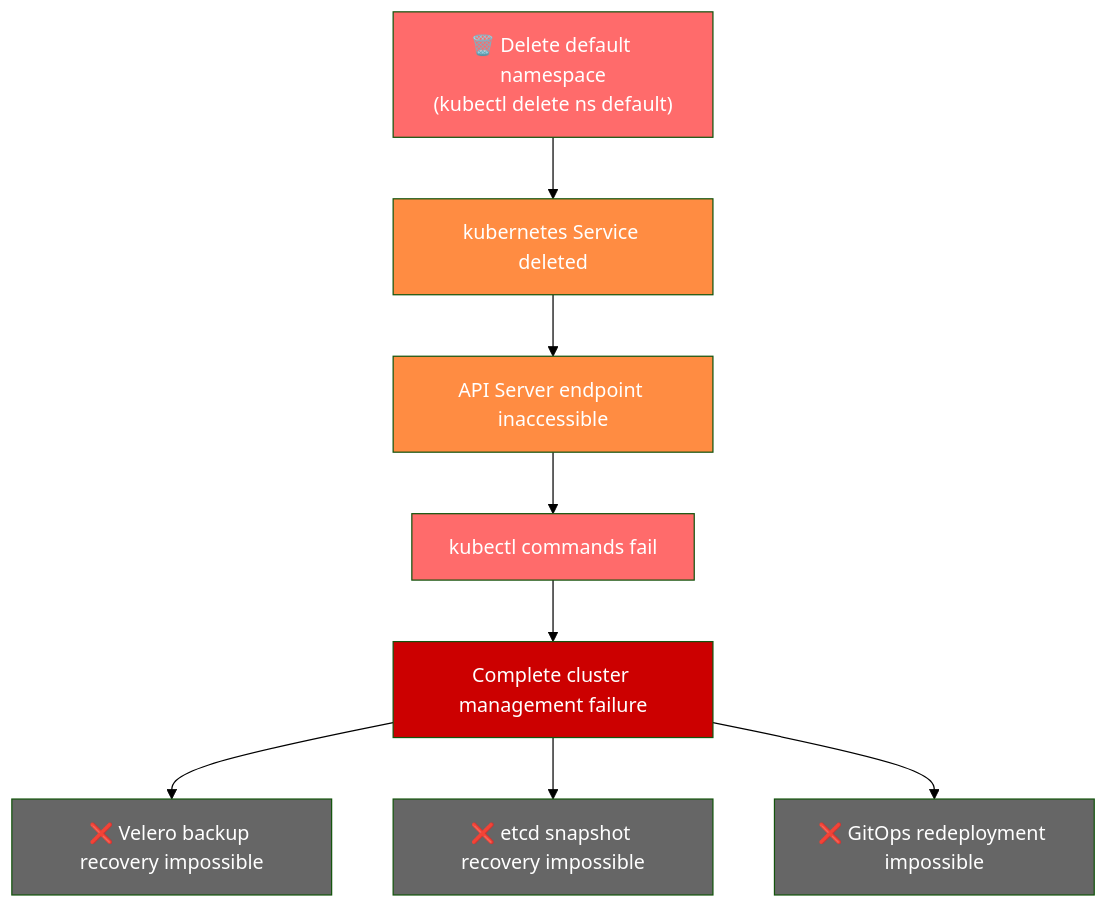
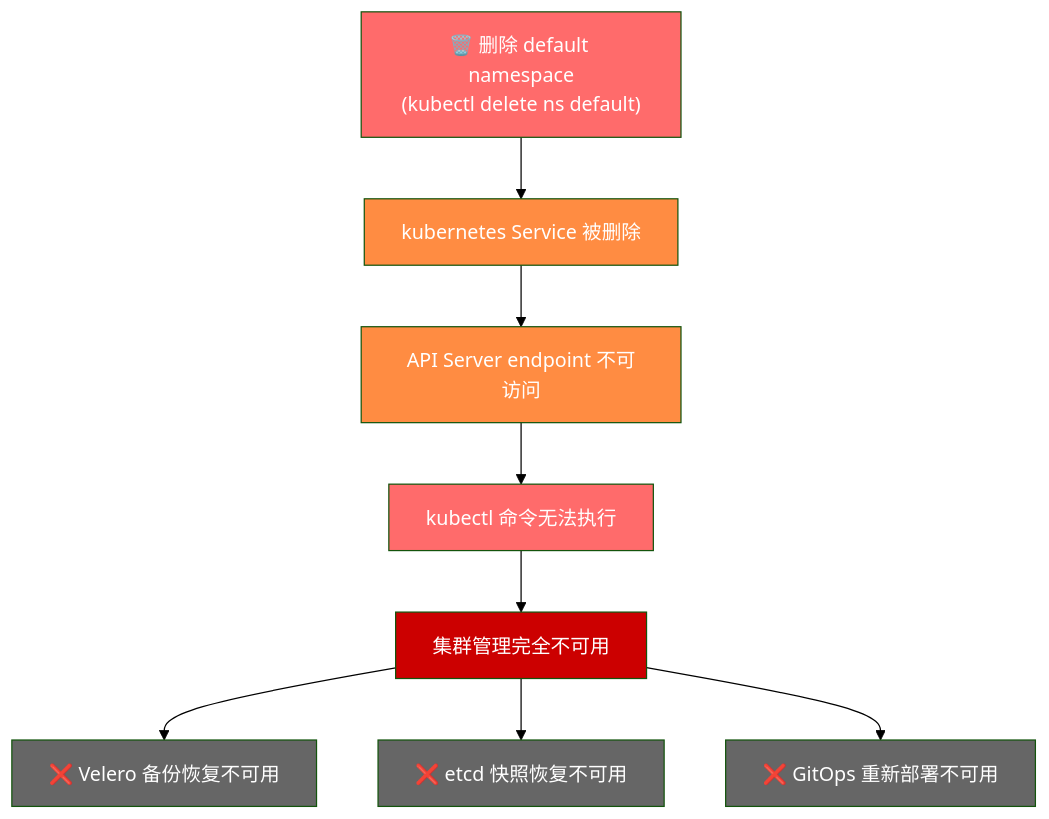
One commit to devfloor9/engineering-playbook changed the first of 2 diagrams in i18n/zh/docusaurus-plugin-content-docs/current/security-governance/default-namespace-incident.md. Above: the diagram before and after it, drawn with Mermaid (forest theme). The commit also changed other lines of this file and 111 other files, not shown here.

````diff
--- a/i18n/zh/docusaurus-plugin-content-docs/current/security-governance/default-namespace-incident.md
+++ b/i18n/zh/docusaurus-plugin-content-docs/current/security-governance/default-namespace-incident.md
@@ -50,20 +49,20 @@
 ```mermaid
 flowchart TD
-    A["🗑️ Delete default namespace<br/>(kubectl delete ns default)"] --> B["kubernetes Service deleted"]
-    B --> C["API Server endpoint inaccessible"]
-    C --> D["kubectl commands fail"]
-    D --> E["Complete cluster management failure"]
+    A["🗑️ 删除 default namespace<br/>(kubectl delete ns default)"] --> B["kubernetes Service 被删除"]
+    B --> C["API Server endpoint 不可访问"]
+    C --> D["kubectl 命令无法执行"]
+    D --> E["集群管理完全不可用"]
 
-    E --> F["❌ Velero backup recovery impossible"]
-    E --> G["❌ etcd snapshot recovery impossible"]
-    E --> H["❌ GitOps redeployment impossible"]
+    E --> F["❌ Velero 备份恢复不可用"]
+    E --> G["❌ etcd 快照恢复不可用"]
+    E --> H["❌ GitOps 重新部署不可用"]
 
     style A fill:#ff6b6b,color:#fff
     style B fill:#ff8c42,color:#fff
     style C fill:#ff8c42,color:#fff
     style D fill:#ff6b6b,color:#fff
     style E fill:#cc0000,color:#fff
     style F fill:#666,color:#fff
     style G fill:#666,color:#fff
     style H fill:#666,color:#fff
 ```
````
